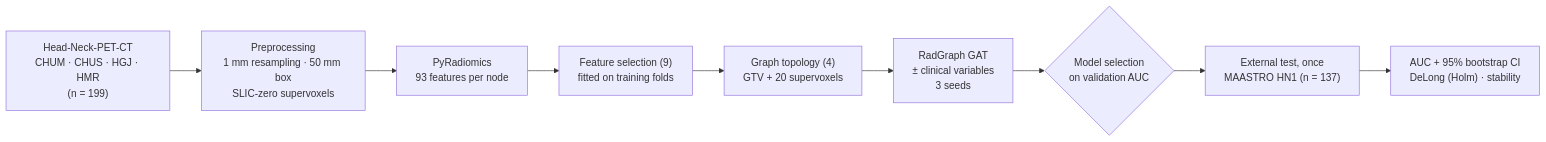
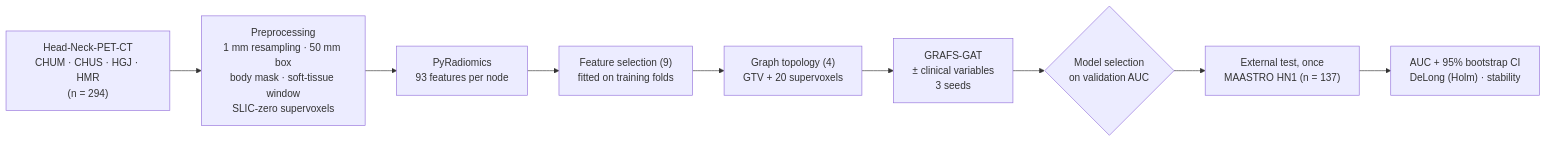
The diagram in README.md (hash123shaikh/Radiomics_Graph_Attention_Network_HNC), drawn with Mermaid before and after one commit. The commit also changed other lines of this file and 180 other files, not shown here.

First line of the commit message:
GRAFS-GAT: full-cohort v4 study, rename, Mateus et al. as benchmark

````diff
--- a/README.md
+++ b/README.md
@@ -130,11 +130,11 @@
 ```mermaid
 flowchart LR
-    A["Head-Neck-PET-CT<br/>CHUM · CHUS · HGJ · HMR<br/>(n = 199)"] --> B["Preprocessing<br/>1 mm resampling · 50 mm box<br/>SLIC-zero supervoxels"]
+    A["Head-Neck-PET-CT<br/>CHUM · CHUS · HGJ · HMR<br/>(n = 294)"] --> B["Preprocessing<br/>1 mm resampling · 50 mm box<br/>body mask · soft-tissue window<br/>SLIC-zero supervoxels"]
     B --> C["PyRadiomics<br/>93 features per node"]
     C --> D["Feature selection (9)<br/>fitted on training folds"]
     D --> E["Graph topology (4)<br/>GTV + 20 supervoxels"]
-    E --> F["RadGraph GAT<br/>± clinical variables<br/>3 seeds"]
+    E --> F["GRAFS-GAT<br/>± clinical variables<br/>3 seeds"]
     F --> G{"Model selection<br/>on validation AUC"}
     G --> H["External test, once<br/>MAASTRO HN1 (n = 137)"]
     H --> I["AUC + 95% bootstrap CI<br/>DeLong (Holm) · stability"]
 ```
````
